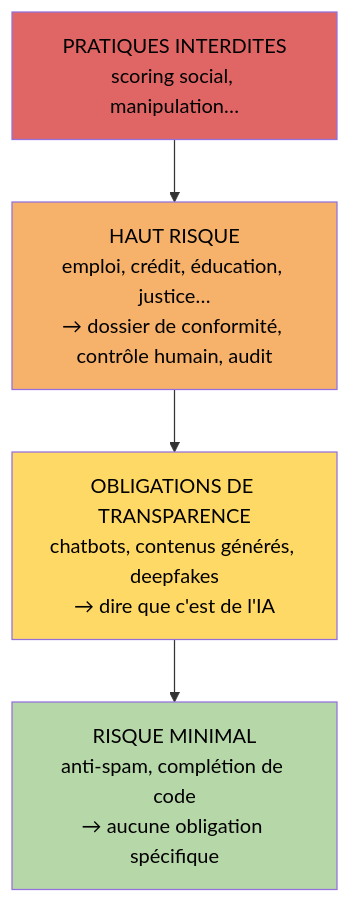
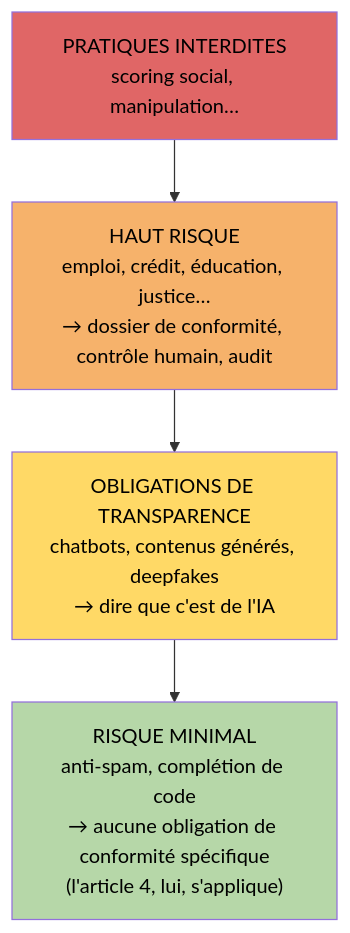
Before and after one commit to DiginamicAcademy/cours-ia-dev-conception-tests: the first of 3 diagrams in 09-reglementation-ia.md, drawn with Mermaid. The commit also changed other lines of this file and 3 other files, not shown here.

````diff
--- a/09-reglementation-ia.md
+++ b/09-reglementation-ia.md
@@ -24,11 +24,11 @@
 ```mermaid
 flowchart TD
     A["PRATIQUES INTERDITES<br/>scoring social, manipulation…"] --> B
     B["HAUT RISQUE<br/>emploi, crédit, éducation, justice…<br/>→ dossier de conformité, contrôle humain, audit"] --> C
     C["OBLIGATIONS DE TRANSPARENCE<br/>chatbots, contenus générés, deepfakes<br/>→ dire que c'est de l'IA"] --> D
-    D["RISQUE MINIMAL<br/>anti-spam, complétion de code<br/>→ aucune obligation spécifique"]
+    D["RISQUE MINIMAL<br/>anti-spam, complétion de code<br/>→ aucune obligation de conformité spécifique<br/>(l'article 4, lui, s'applique)"]
     style A fill:#e06666,color:#000
     style B fill:#f6b26b,color:#000
     style C fill:#ffd966,color:#000
     style D fill:#b6d7a8,color:#000
 ```
````
